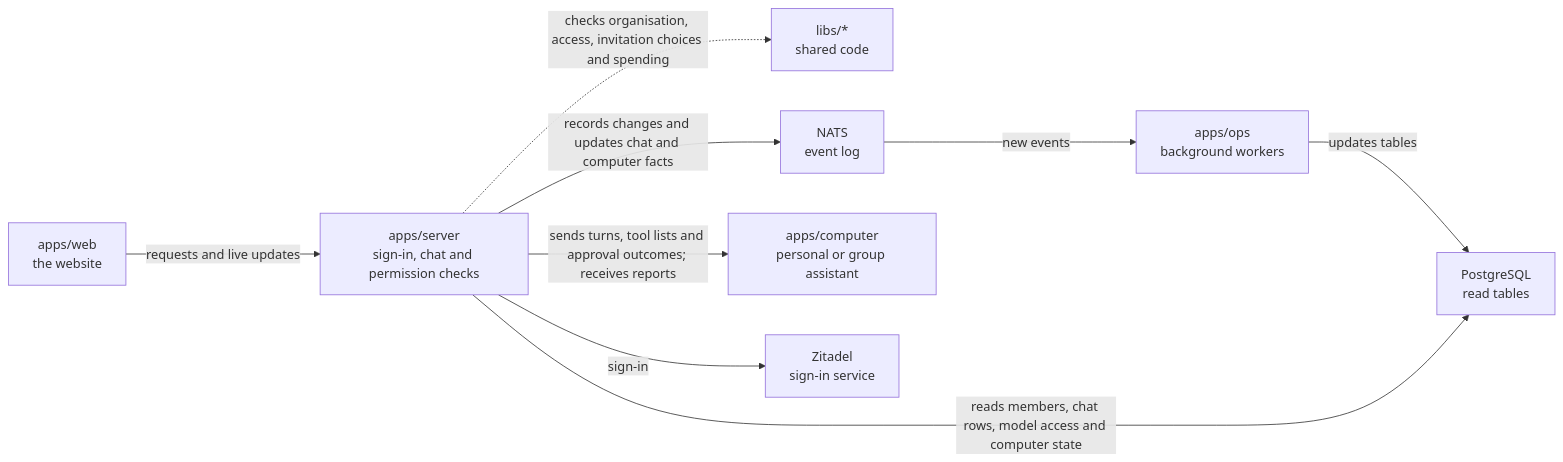
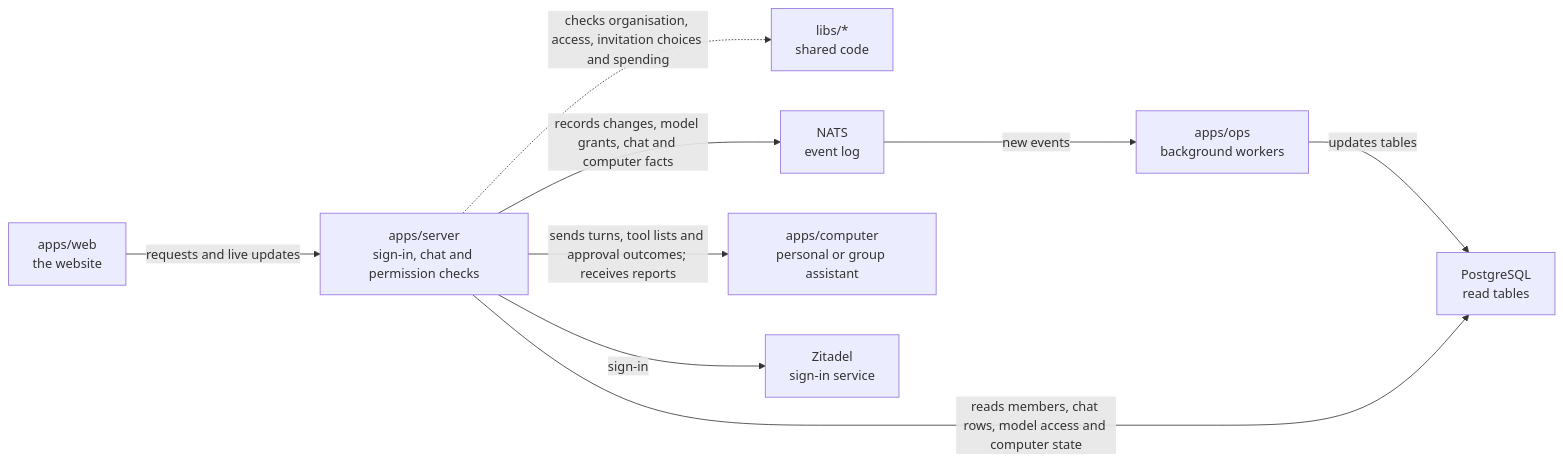
One commit to elewa-git/opencrane-new changed the diagram in apps/server/README.md. Above: the diagram before and after it, drawn with Mermaid. The commit also changed other lines of this file and 25 other files, not shown here.

````diff
--- a/apps/server/README.md
+++ b/apps/server/README.md
@@ -11,11 +11,11 @@
 ```mermaid
 flowchart LR
   web["apps/web<br/>the website"] -->|requests and live updates| server["apps/server<br/>sign-in, chat and permission checks"]
   server -.->|checks organisation, access, invitation choices and spending| libs["libs/*<br/>shared code"]
-  server -->|records changes and updates chat and computer facts| nats["NATS<br/>event log"]
+  server -->|records changes, model grants, chat and computer facts| nats["NATS<br/>event log"]
   nats -->|new events| ops["apps/ops<br/>background workers"]
   ops -->|updates tables| postgres["PostgreSQL<br/>read tables"]
   server -->|reads members, chat rows, model access and computer state| postgres
   server -->|sends turns, tool lists and approval outcomes; receives reports| computer["apps/computer<br/>personal or group assistant"]
   server -->|sign-in| zitadel["Zitadel<br/>sign-in service"]
 ```
````
